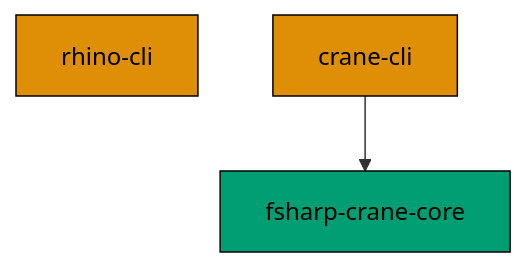
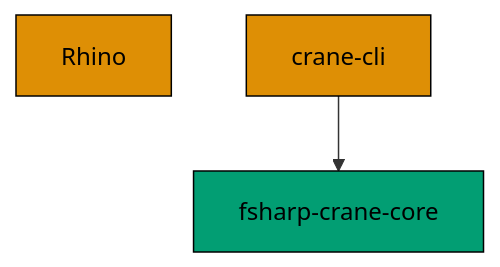
The first of 3 diagrams in docs/reference/project-dependency-graph.md (wahidyankf/ose-public), drawn with Mermaid before and after one commit. The commit also changed other lines of this file and 1105 other files, not shown here.

````diff
--- a/docs/reference/project-dependency-graph.md
+++ b/docs/reference/project-dependency-graph.md
@@ -59,16 +59,16 @@
 ```mermaid
 graph TD
   accTitle: Visual Dependency Graph
   accDescr: crane-cli leads to fsharp-crane-core.
-  RC[rhino-cli]
+  RC[Rhino]
   CC[crane-cli]
   FCC[fsharp-crane-core]
 
   CC --> FCC
 
   classDef lib fill:#029E73,stroke:#000000,color:#000000
   classDef cli fill:#DE8F05,stroke:#000000,color:#000000
 
   class FCC lib
   class RC,CC cli
 ```
````
